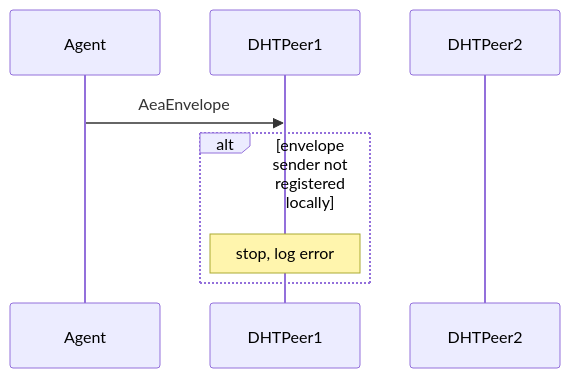
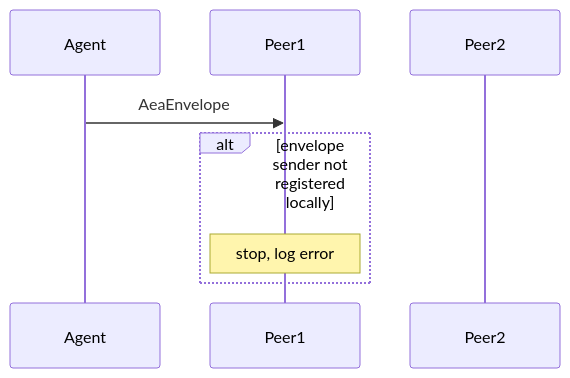
Before and after one commit to legendarydeveloper919/agents-aea: the third of 9 diagrams in docs/acn-internals.md, drawn with Mermaid. The commit also changed other lines of this file, not shown here.

Commit message:
docs: rename DHTPeer with Peer

```diff
--- a/docs/acn-internals.md
+++ b/docs/acn-internals.md
@@ -261,10 +261,10 @@
 <div class="mermaid">
     sequenceDiagram
         participant Agent
-        participant DHTPeer1
-        participant DHTPeer2
-        Agent->>DHTPeer1: AeaEnvelope
+        participant Peer1
+        participant Peer2
+        Agent->>Peer1: AeaEnvelope
         alt envelope sender not registered locally
-            note over DHTPeer1: stop, log error
+            note over Peer1: stop, log error
         end
 </div>
```
